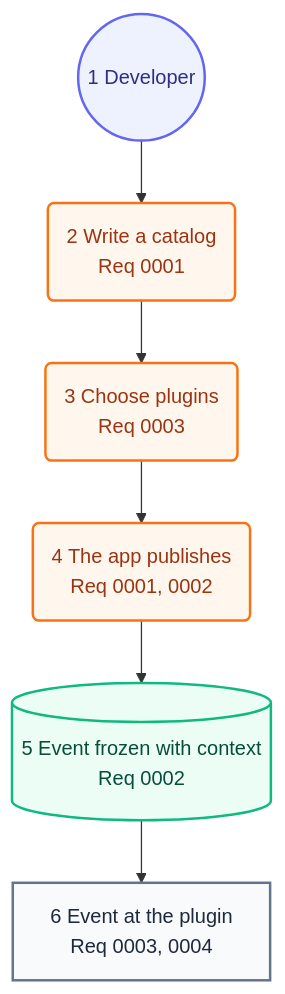
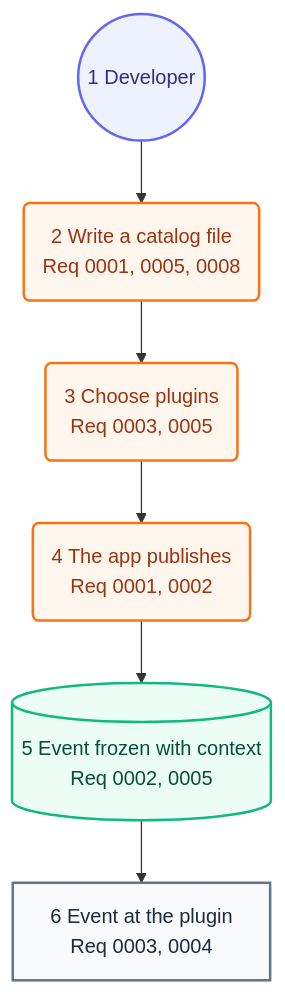
Before and after one commit to may-journal/Stratum-Observability-Java: the second of 2 diagrams in docs/architecture/05-user-journey.md, drawn with Mermaid. The commit also changed other lines of this file and 46 other files, not shown here.

````diff
--- a/docs/architecture/05-user-journey.md
+++ b/docs/architecture/05-user-journey.md
@@ -31,20 +31,20 @@
 ```mermaid
 flowchart TB
     dev((1 Developer)):::persona
-    catalog(2 Write a catalog<br/>Req 0001):::action
-    plugins(3 Choose plugins<br/>Req 0003):::action
+    catalog(2 Write a catalog file<br/>Req 0001, 0005, 0008):::action
+    plugins(3 Choose plugins<br/>Req 0003, 0005):::action
     publish(4 The app publishes<br/>Req 0001, 0002):::action
-    snapshot[(5 Event frozen with context<br/>Req 0002)]:::system
+    snapshot[(5 Event frozen with context<br/>Req 0002, 0005)]:::system
     plugin[6 Event at the plugin<br/>Req 0003, 0004]:::screen
 
     dev --> catalog
     catalog --> plugins
     plugins --> publish
     publish --> snapshot
     snapshot --> plugin
 
     classDef persona fill:#eef2ff,stroke:#6366f1,color:#312e81,stroke-width:2px
     classDef screen fill:#f8fafc,stroke:#64748b,color:#1e293b,stroke-width:2px
     classDef action fill:#fff7ed,stroke:#f97316,color:#9a3412,stroke-width:2px
     classDef system fill:#ecfdf5,stroke:#10b981,color:#064e3b,stroke-width:2px
 ```
````
